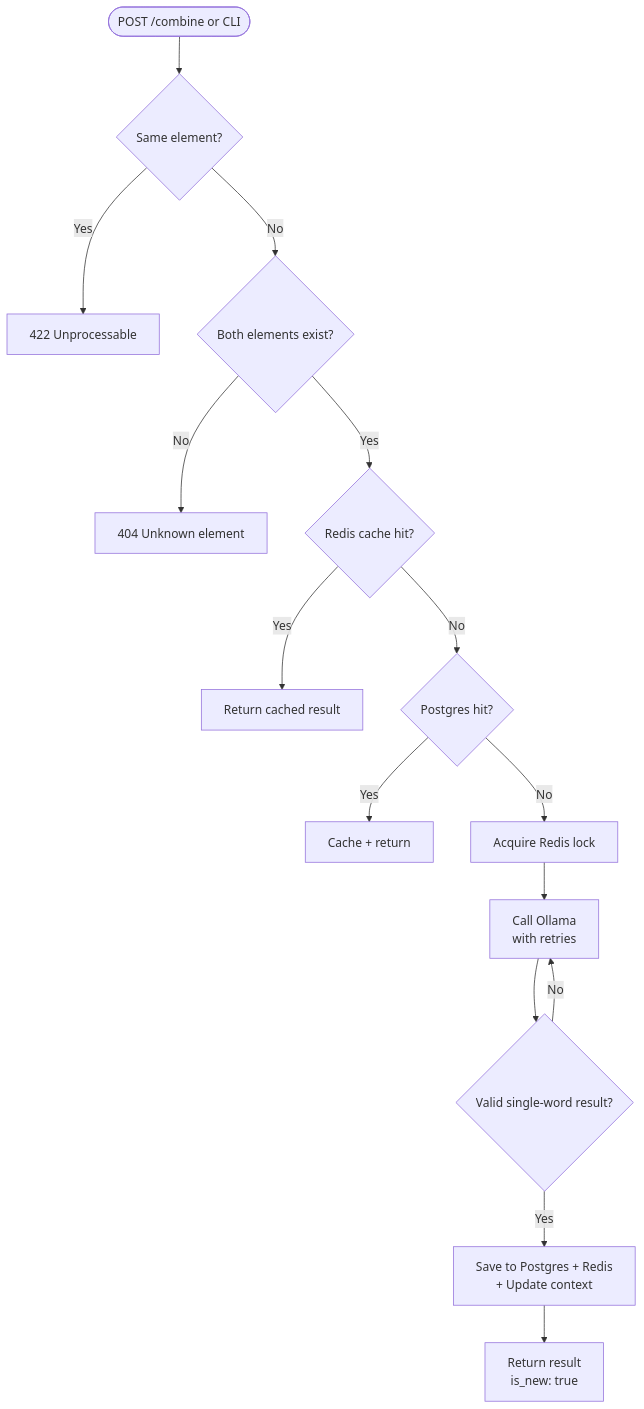
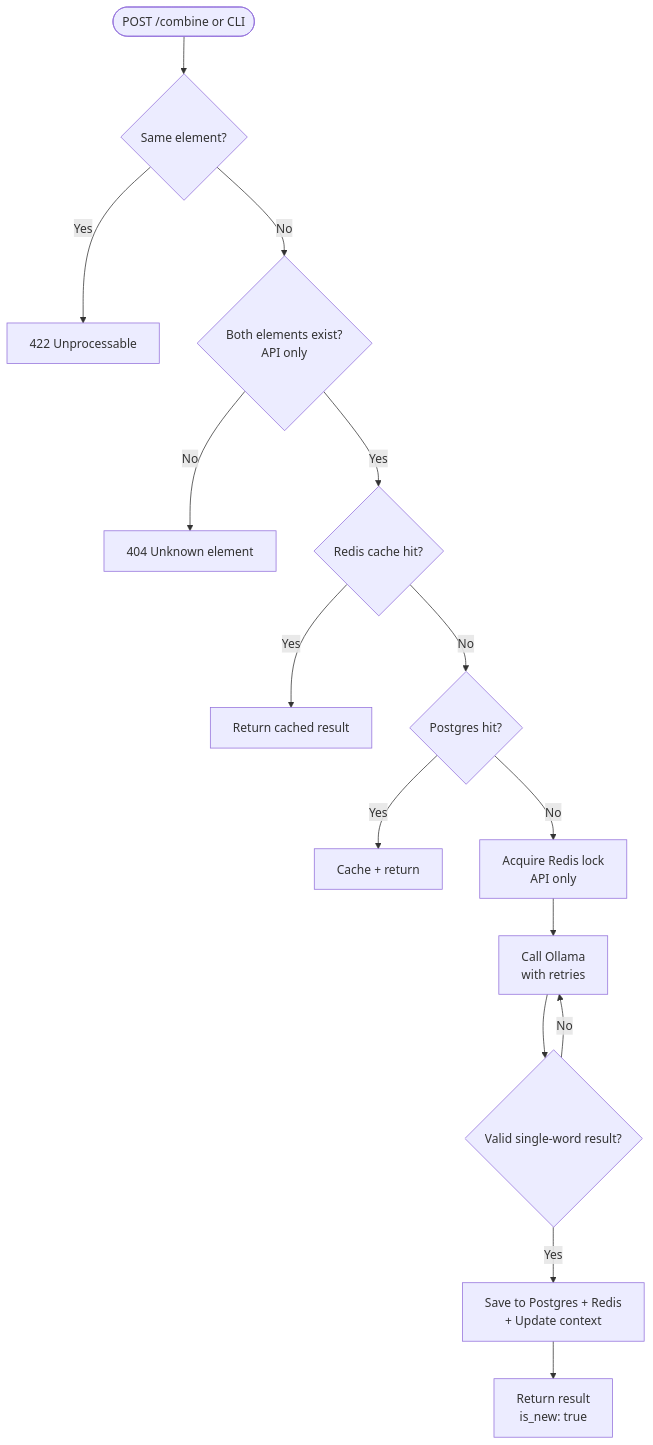
The second of 4 diagrams in docs/ARCHITECTURE.md (KarthikUdyawar/alchemy-crafter), drawn with Mermaid before and after one commit. The commit also changed other lines of this file and 2 other files, not shown here.

Commit message:
docs: document 404 and 503, mark lock and existence check API only

````diff
--- a/docs/ARCHITECTURE.md
+++ b/docs/ARCHITECTURE.md
@@ -56,17 +56,17 @@
 ```mermaid
 flowchart TD
     A([POST /combine or CLI]) --> B{Same element?}
     B -->|Yes| C[422 Unprocessable]
-    B -->|No| D{Both elements exist?}
+    B -->|No| D{Both elements exist?<br/>API only}
     D -->|No| E[404 Unknown element]
     D -->|Yes| F{Redis cache hit?}
     F -->|Yes| G[Return cached result]
     F -->|No| H{Postgres hit?}
     H -->|Yes| I[Cache + return]
-    H -->|No| J[Acquire Redis lock]
+    H -->|No| J[Acquire Redis lock<br/>API only]
     J --> K[Call Ollama \n with retries]
     K --> L{Valid single-word result?}
     L -->|No| K
     L -->|Yes| M[Save to Postgres + Redis\n+ Update context]
     M --> N[Return result\nis_new: true]
 ```
````
